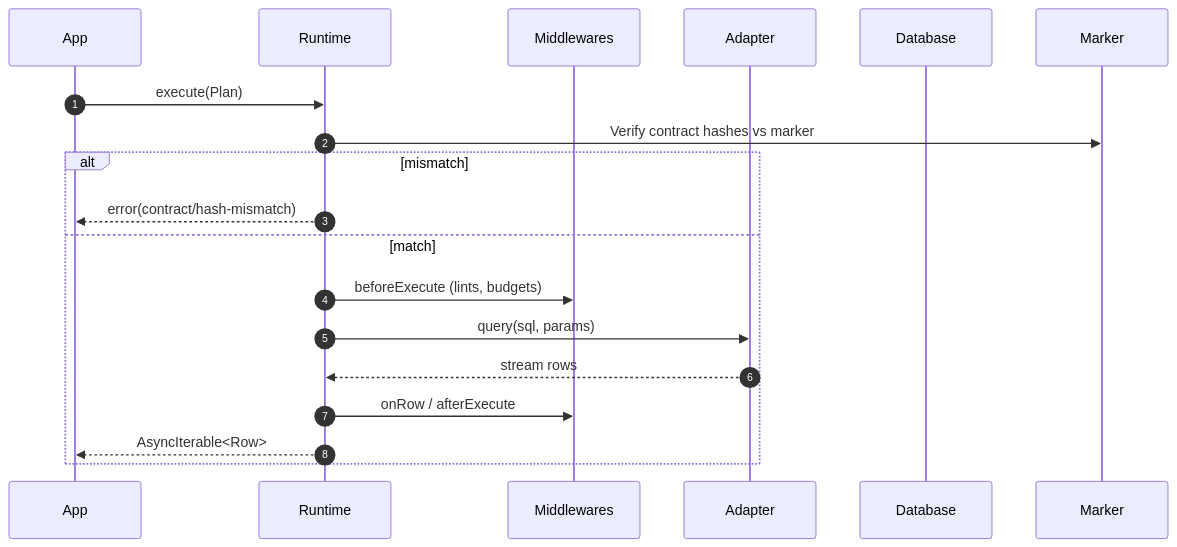
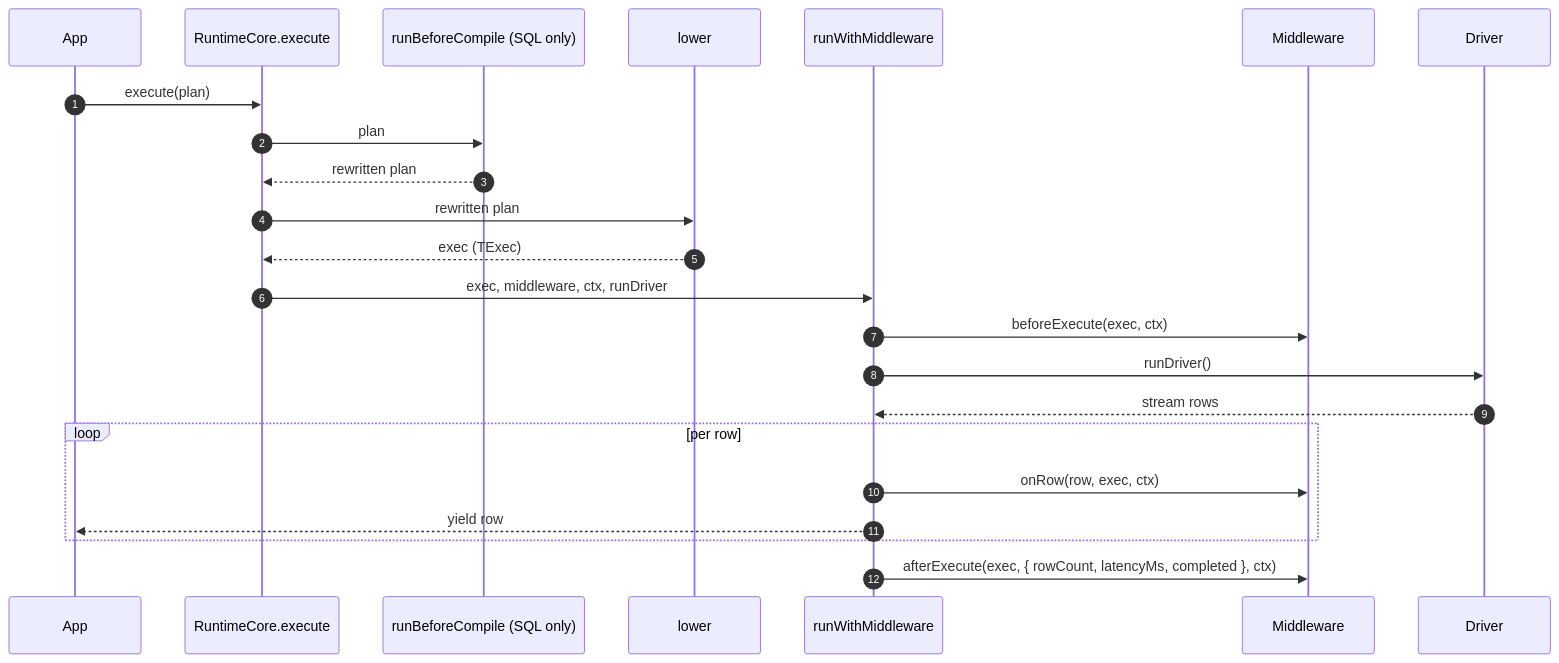
One commit to prisma/prisma-next changed the third of 3 diagrams in docs/architecture docs/subsystems/4. Runtime & Middleware Framework.md. Above: the diagram before and after it, drawn with Mermaid. The commit also changed other lines of this file, not shown here.

First line of the commit message:
docs(runtime): rewrite Runtime & Middleware Framework subsystem for single-tier model

````diff
--- a/docs/architecture docs/subsystems/4. Runtime & Middleware Framework.md
+++ b/docs/architecture docs/subsystems/4. Runtime & Middleware Framework.md
@@ -117,22 +280,26 @@
 ```mermaid
 sequenceDiagram
   autonumber
   participant App as App
-  participant Runtime as Runtime
-  participant Middlewares as Middlewares
-  participant Adapter as Adapter
-  participant DB as Database
-  participant Marker as Marker
+  participant Runtime as RuntimeCore.execute
+  participant Compile as runBeforeCompile (SQL only)
+  participant Lower as lower
+  participant Helper as runWithMiddleware
+  participant MW as Middleware
+  participant Driver as Driver
 
-  App->>Runtime: execute(Plan)
-  Runtime->>Marker: Verify contract hashes vs marker
-  alt mismatch
-    Runtime-->>App: error(contract/hash-mismatch)
-  else match
-    Runtime->>Middlewares: beforeExecute (lints, budgets)
-    Runtime->>Adapter: query(sql, params)
-    Adapter-->>Runtime: stream rows
-    Runtime->>Middlewares: onRow / afterExecute
-    Runtime-->>App: AsyncIterable<Row>
+  App->>Runtime: execute(plan)
+  Runtime->>Compile: plan
+  Compile-->>Runtime: rewritten plan
+  Runtime->>Lower: rewritten plan
+  Lower-->>Runtime: exec (TExec)
+  Runtime->>Helper: exec, middleware, ctx, runDriver
+  Helper->>MW: beforeExecute(exec, ctx)
+  Helper->>Driver: runDriver()
+  Driver-->>Helper: stream rows
+  loop per row
+    Helper->>MW: onRow(row, exec, ctx)
+    Helper-->>App: yield row
   end
+  Helper->>MW: afterExecute(exec, { rowCount, latencyMs, completed }, ctx)
 ```
````
